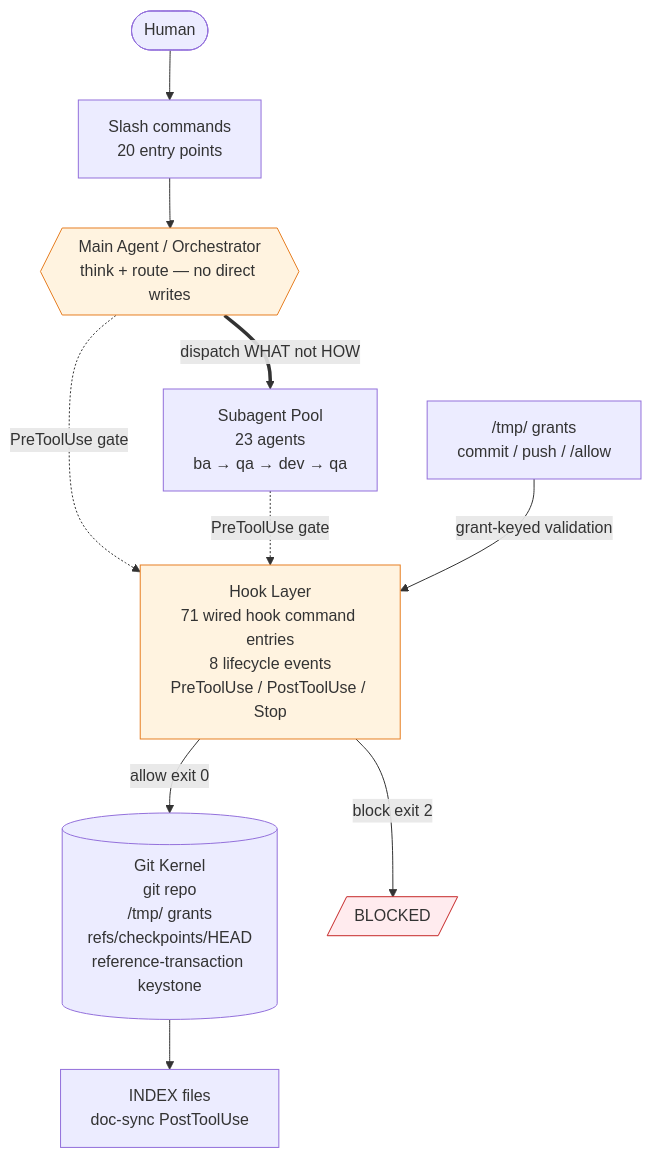
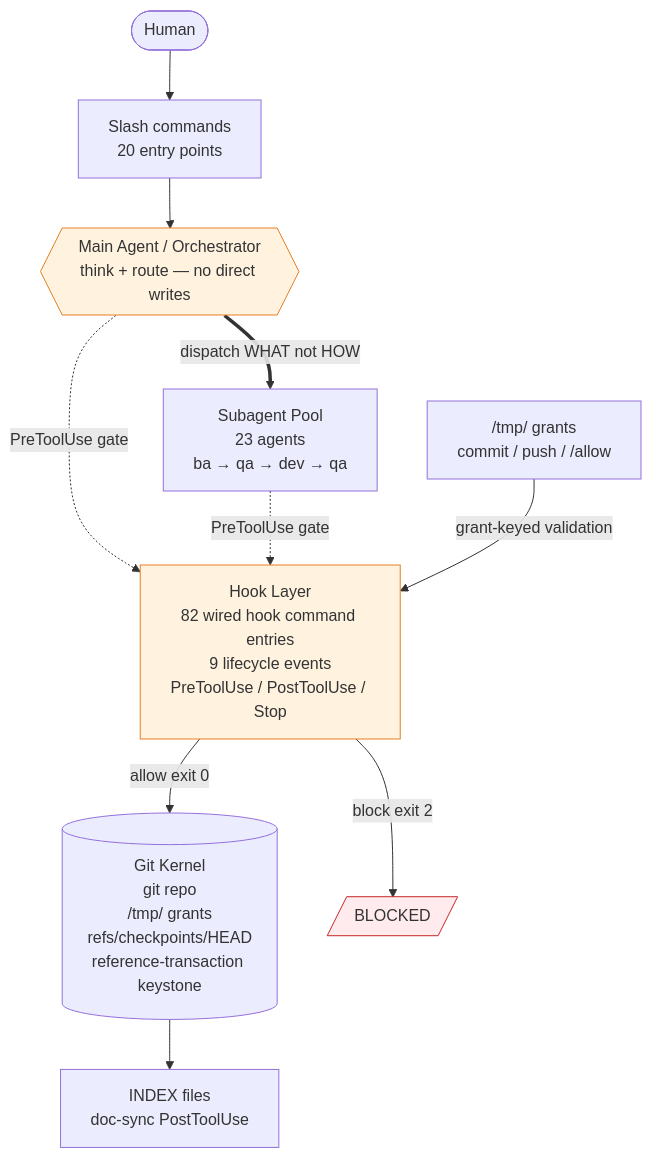
Before and after one commit to Yugoge/awesome-claude-harness: the first of 3 diagrams in README.md, drawn with Mermaid. The commit also changed other lines of this file and 8 other files, not shown here.

````diff
--- a/README.md
+++ b/README.md
@@ -129,21 +304,21 @@
 ```mermaid
 graph TD
     U([Human]) --> CMD[Slash commands<br/>20 entry points]
     CMD --> ORC{{Main Agent / Orchestrator<br/>think + route — no direct writes}}
 
     ORC -.->|PreToolUse gate| HL
     SUB -.->|PreToolUse gate| HL
 
     ORC ==>|dispatch WHAT not HOW| SUB[Subagent Pool<br/>23 agents<br/>ba → qa → dev → qa]
 
-    HL[Hook Layer<br/>71 wired hook command entries<br/>8 lifecycle events<br/>PreToolUse / PostToolUse / Stop] -->|allow exit 0| GK[(Git Kernel<br/>git repo<br/>/tmp/ grants<br/>refs/checkpoints/HEAD<br/>reference-transaction keystone)]
+    HL[Hook Layer<br/>82 wired hook command entries<br/>9 lifecycle events<br/>PreToolUse / PostToolUse / Stop] -->|allow exit 0| GK[(Git Kernel<br/>git repo<br/>/tmp/ grants<br/>refs/checkpoints/HEAD<br/>reference-transaction keystone)]
     HL -->|block exit 2| BLK[/BLOCKED/]
 
     GK --> IDX[INDEX files<br/>doc-sync PostToolUse]
     TMP["/tmp/ grants<br/>commit / push / /allow"] -->|grant-keyed validation| HL
 
     classDef restricted fill:#ffebee,stroke:#c62828
     classDef gate fill:#fff3e0,stroke:#e67e22
     class BLK restricted
     class ORC,HL gate
 ```
````
